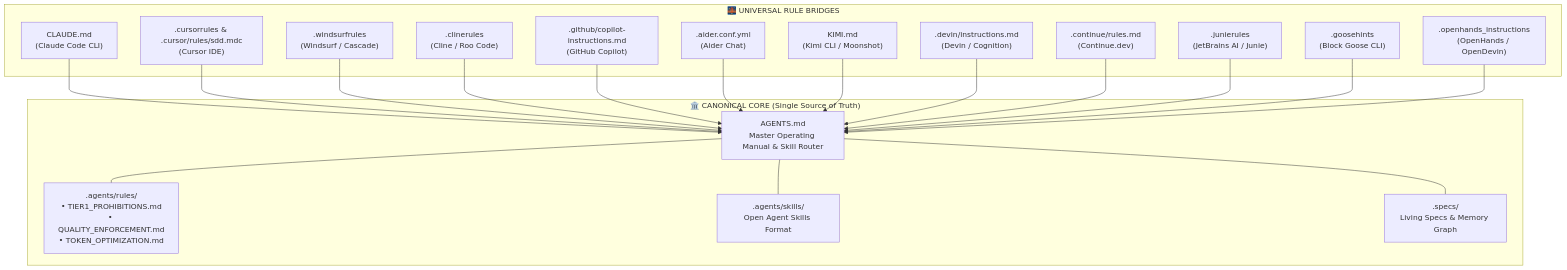
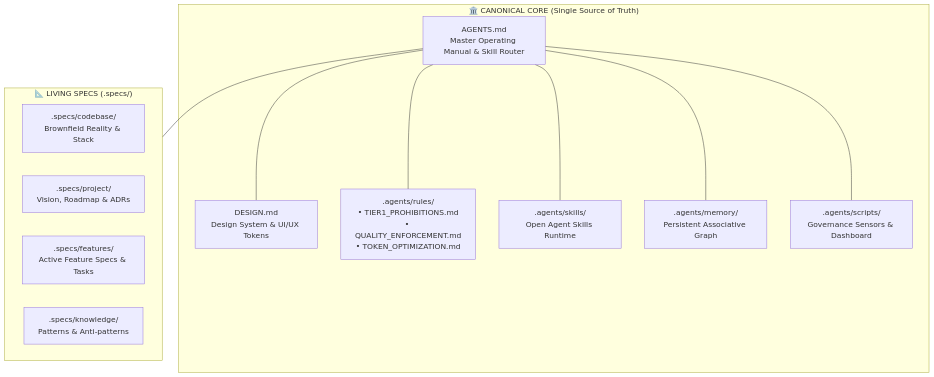
Before and after one commit to KlebersonCollab/ai-sdd-framework: the first of 3 diagrams in README.md, drawn with Mermaid. The commit also changed other lines of this file and 14 other files, not shown here.

Commit message:
refactor(governance): standardize on AGENTS.md, DESIGN.md and .agents

````diff
--- a/README.md
+++ b/README.md
@@ -37,41 +41,25 @@
 ```mermaid
 flowchart TD
     subgraph Core["🏛️ CANONICAL CORE (Single Source of Truth)"]
         AG["AGENTS.md<br/>Master Operating Manual & Skill Router"]
+        DESIGN["DESIGN.md<br/>Design System & UI/UX Tokens"]
         RULES[".agents/rules/<br/>• TIER1_PROHIBITIONS.md<br/>• QUALITY_ENFORCEMENT.md<br/>• TOKEN_OPTIMIZATION.md"]
-        SKILLS[".agents/skills/<br/>Open Agent Skills Format"]
-        SPECS[".specs/<br/>Living Specs & Memory Graph"]
+        SKILLS[".agents/skills/<br/>Open Agent Skills Runtime"]
+        MEM[".agents/memory/<br/>Persistent Associative Graph"]
+        SCRIPTS[".agents/scripts/<br/>Governance Sensors & Dashboard"]
     end
 
-    subgraph Bridges["🌉 UNIVERSAL RULE BRIDGES"]
-        CLAUDE["CLAUDE.md<br/>(Claude Code CLI)"]
-        CURSOR[".cursorrules & .cursor/rules/sdd.mdc<br/>(Cursor IDE)"]
-        WINDSURF[".windsurfrules<br/>(Windsurf / Cascade)"]
-        CLINE[".clinerules<br/>(Cline / Roo Code)"]
-        COPILOT[".github/copilot-instructions.md<br/>(GitHub Copilot)"]
-        AIDER[".aider.conf.yml<br/>(Aider Chat)"]
-        KIMI["KIMI.md<br/>(Kimi CLI / Moonshot)"]
-        DEVIN[".devin/instructions.md<br/>(Devin / Cognition)"]
-        CONTINUE[".continue/rules.md<br/>(Continue.dev)"]
-        JUNIE[".junierules<br/>(JetBrains AI / Junie)"]
-        GOOSE[".goosehints<br/>(Block Goose CLI)"]
-        OPENHANDS[".openhands_instructions<br/>(OpenHands / OpenDevin)"]
+    subgraph Specs["📐 LIVING SPECS (.specs/)"]
+        CODEBASE[".specs/codebase/<br/>Brownfield Reality & Stack"]
+        PROJECT[".specs/project/<br/>Vision, Roadmap & ADRs"]
+        FEATURES[".specs/features/<br/>Active Feature Specs & Tasks"]
+        KNOWLEDGE[".specs/knowledge/<br/>Patterns & Anti-patterns"]
     end
-
-    CLAUDE --> AG
-    CURSOR --> AG
-    WINDSURF --> AG
-    CLINE --> AG
-    COPILOT --> AG
-    AIDER --> AG
-    KIMI --> AG
-    DEVIN --> AG
-    CONTINUE --> AG
-    JUNIE --> AG
-    GOOSE --> AG
-    OPENHANDS --> AG
 
     AG --- RULES
     AG --- SKILLS
-    AG --- SPECS
+    AG --- MEM
+    AG --- SCRIPTS
+    AG --- DESIGN
+    AG --- Specs
 ```
````
